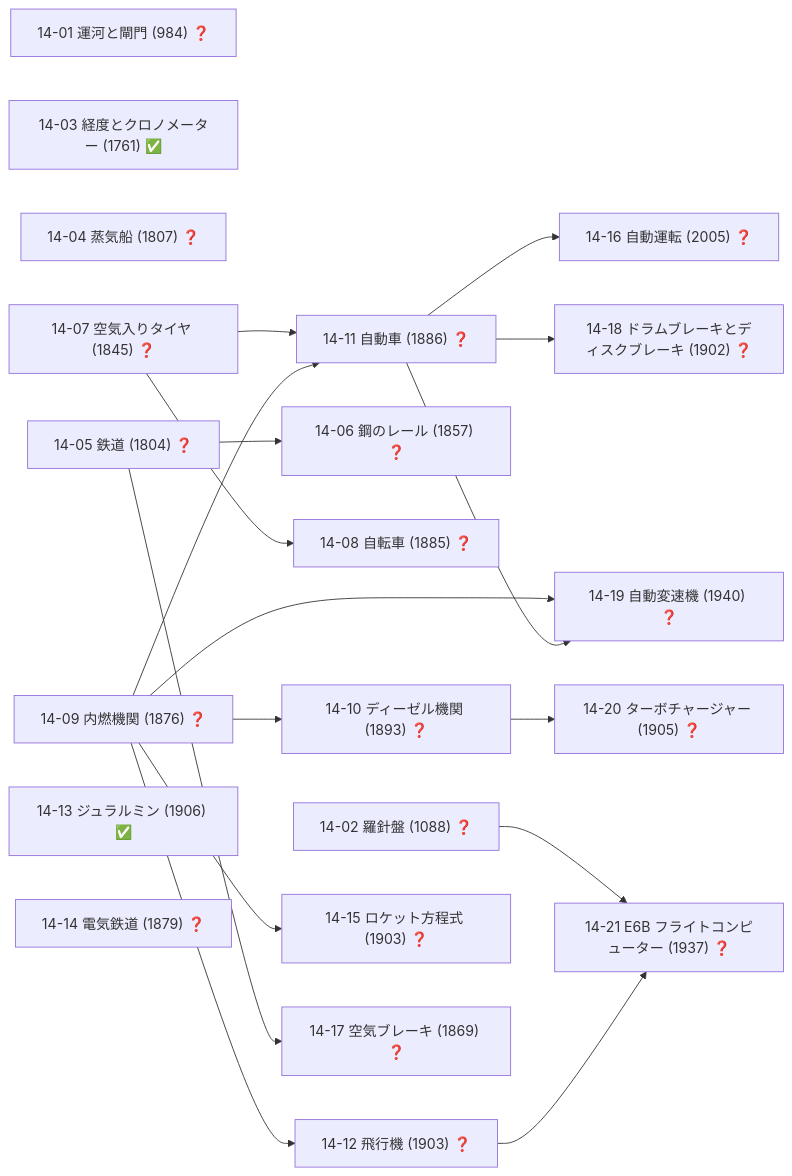
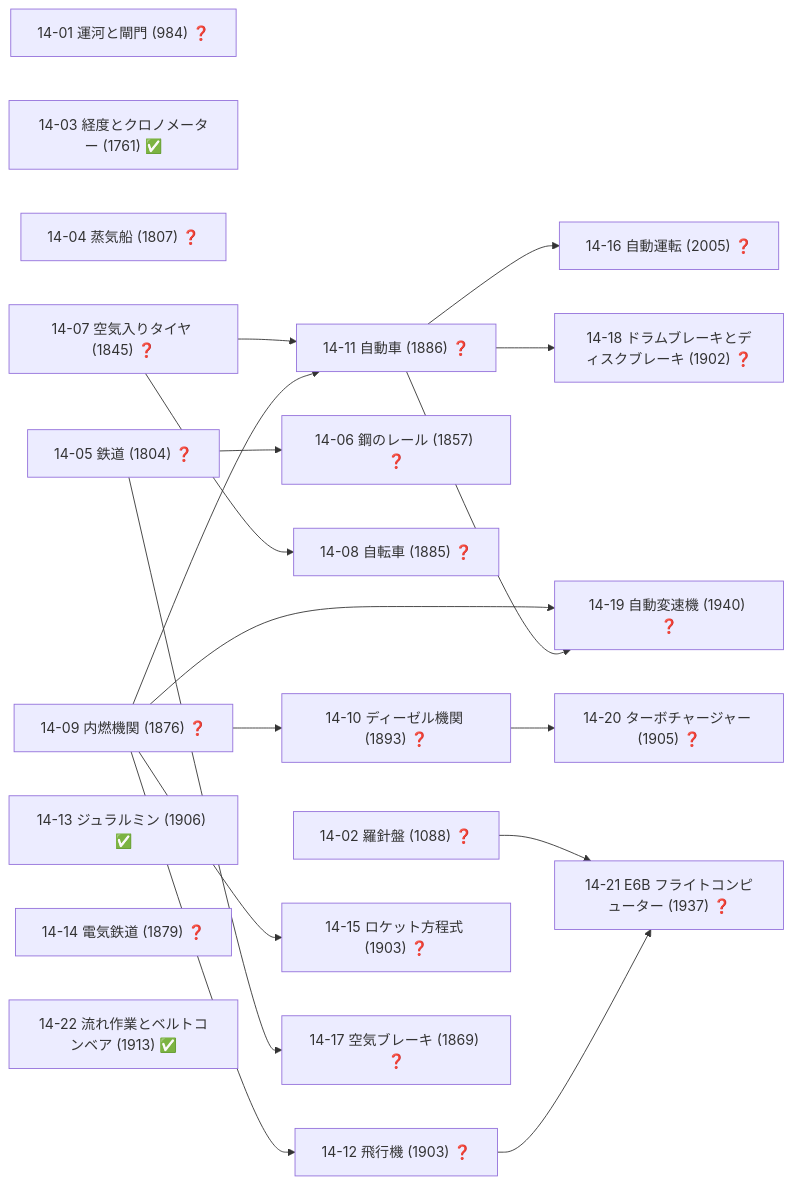
Before and after one commit to taku3i0317-collab/semiconductor-lab: diagram 17 of 19 in docs/TECH_TREE_VIEW.md, drawn with Mermaid. The commit also changed other lines of this file and 3 other files, not shown here.

````diff
--- a/docs/TECH_TREE_VIEW.md
+++ b/docs/TECH_TREE_VIEW.md
@@ -920,39 +920,40 @@
 ```mermaid
 graph LR
   n14_01["14-01 運河と閘門 (984) ❓"]
   n14_02["14-02 羅針盤 (1088) ❓"]
   n14_03["14-03 経度とクロノメーター (1761) ✅"]
   n14_04["14-04 蒸気船 (1807) ❓"]
   n14_05["14-05 鉄道 (1804) ❓"]
   n14_06["14-06 鋼のレール (1857) ❓"]
   n14_07["14-07 空気入りタイヤ (1845) ❓"]
   n14_08["14-08 自転車 (1885) ❓"]
   n14_09["14-09 内燃機関 (1876) ❓"]
   n14_10["14-10 ディーゼル機関 (1893) ❓"]
   n14_11["14-11 自動車 (1886) ❓"]
   n14_12["14-12 飛行機 (1903) ❓"]
   n14_13["14-13 ジュラルミン (1906) ✅"]
   n14_14["14-14 電気鉄道 (1879) ❓"]
   n14_15["14-15 ロケット方程式 (1903) ❓"]
   n14_16["14-16 自動運転 (2005) ❓"]
   n14_17["14-17 空気ブレーキ (1869) ❓"]
   n14_18["14-18 ドラムブレーキとディスクブレーキ (1902) ❓"]
   n14_19["14-19 自動変速機 (1940) ❓"]
   n14_20["14-20 ターボチャージャー (1905) ❓"]
   n14_21["14-21 E6B フライトコンピューター (1937) ❓"]
+  n14_22["14-22 流れ作業とベルトコンベア (1913) ✅"]
   n14_05-->n14_06
   n14_07-->n14_08
   n14_09-->n14_10
   n14_07-->n14_11
   n14_09-->n14_11
   n14_09-->n14_12
   n14_09-->n14_15
   n14_11-->n14_16
   n14_05-->n14_17
   n14_11-->n14_18
   n14_09-->n14_19
   n14_11-->n14_19
   n14_10-->n14_20
   n14_02-->n14_21
   n14_12-->n14_21
 ```
````
